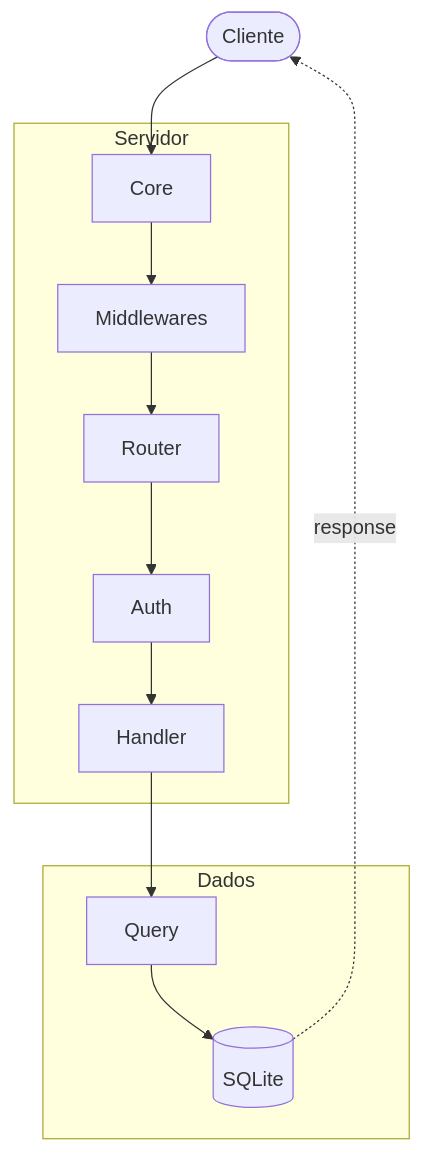
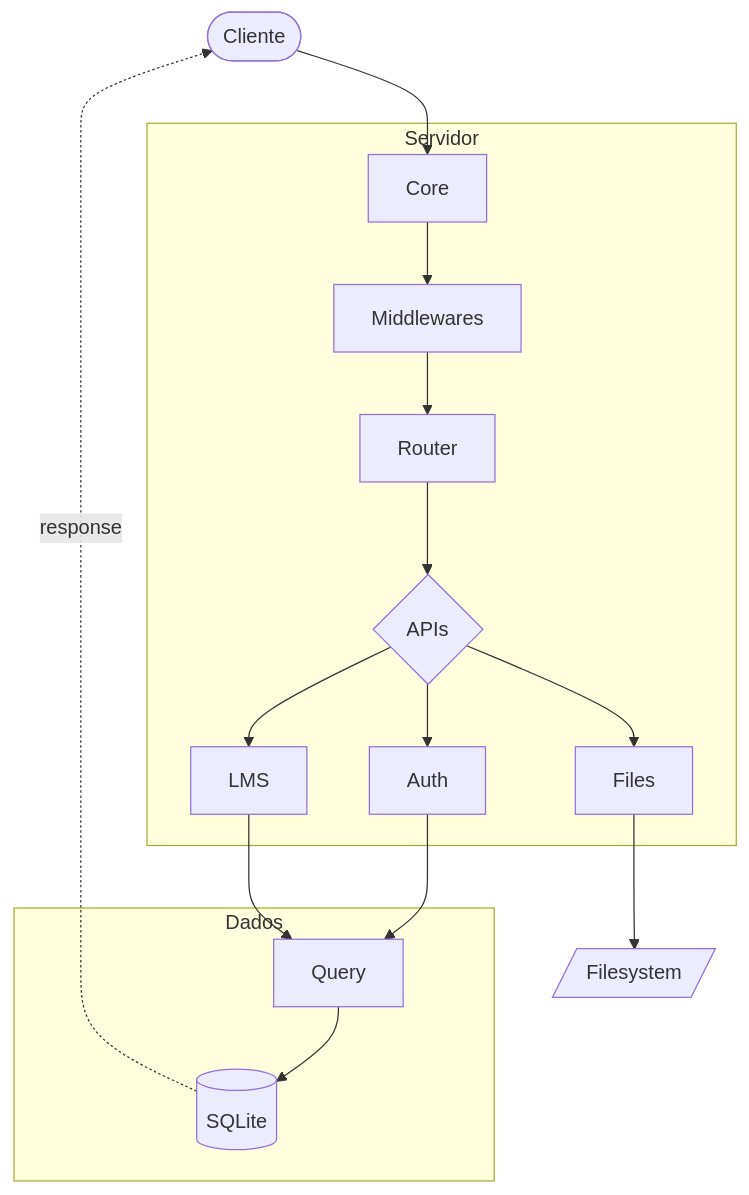
The diagram in README.md (Fpanizio/LMS), drawn with Mermaid before and after one commit. The commit also changed other lines of this file, not shown here.

````diff
--- a/README.md
+++ b/README.md
@@ -30,19 +32,22 @@
 ```mermaid
 flowchart TD
     A([Cliente])
 
     subgraph Server[Servidor]
         B[Core] --> C[Middlewares]
         C --> D[Router]
-        D --> E[Auth]
-        E --> F[Handler]
+        D --> E{APIs}
+        E --> F1[Auth]
+        E --> F2[LMS]
+        E --> F3[Files]
     end
 
     subgraph Data[Dados]
         G[Query] --> H[(SQLite)]
     end
 
     A --> B
-    F --> G
+    F1 & F2 --> G
+    F3 --> I[/Filesystem/]
     H -.->|response| A
 ```
````
